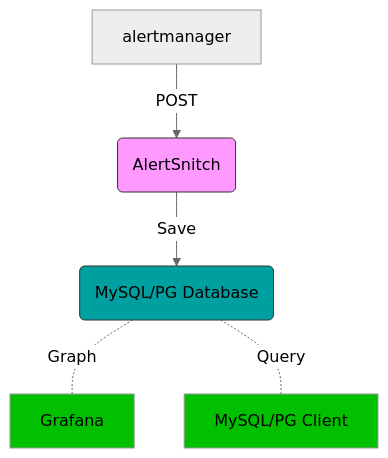
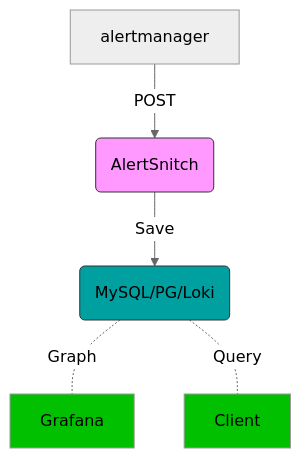
One commit to mkl262/alertsnitch changed the diagram in README.md. Above: the diagram before and after it, drawn with Mermaid (neutral theme). The commit also changed other lines of this file, not shown here.

Commit message:
doc: update readme for loki

````diff
--- a/README.md
+++ b/README.md
@@ -16,11 +19,11 @@
 ```mermaid
 graph TD
     A[alertmanager] -->|POST|B(AlertSnitch)
-    B --> |Save|C(MySQL/PG Database)
+    B --> |Save|C(MySQL/PG/Loki)
     C -.-|Graph|G[Grafana]
-    C -.-|Query|D[MySQL/PG Client]
+    C -.-|Query|D[Client]
     style B fill:#f9f,stroke:#333,stroke-width:1px
     style C fill:#00A0A0,stroke:#333,stroke-width:1px
     style D fill:#00C000
     style G fill:#00C000
 ```
````
